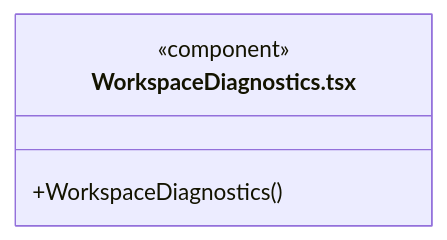
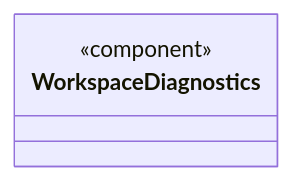
The diagram in src/view/diagnostics/ARCHITECTURE.md (nan023062/cbim), drawn with Mermaid before and after one commit. The commit also changed other lines of this file and 158 other files, not shown here.

Commit message:
docs: model architecture through nested virtual encapsulations

````diff
--- a/src/view/diagnostics/ARCHITECTURE.md
+++ b/src/view/diagnostics/ARCHITECTURE.md
@@ -67,7 +19,7 @@
 ```mermaid
 classDiagram
-class N_src_view_diagnostics_WorkspaceDiagnostics_tsx["WorkspaceDiagnostics.tsx"] {
+class N_2570b9bcb6a4["WorkspaceDiagnostics"] {
   <<component>>
-  +WorkspaceDiagnostics()
 }
+click N_2570b9bcb6a4 href "WorkspaceDiagnostics.tsx"
 ```
````
